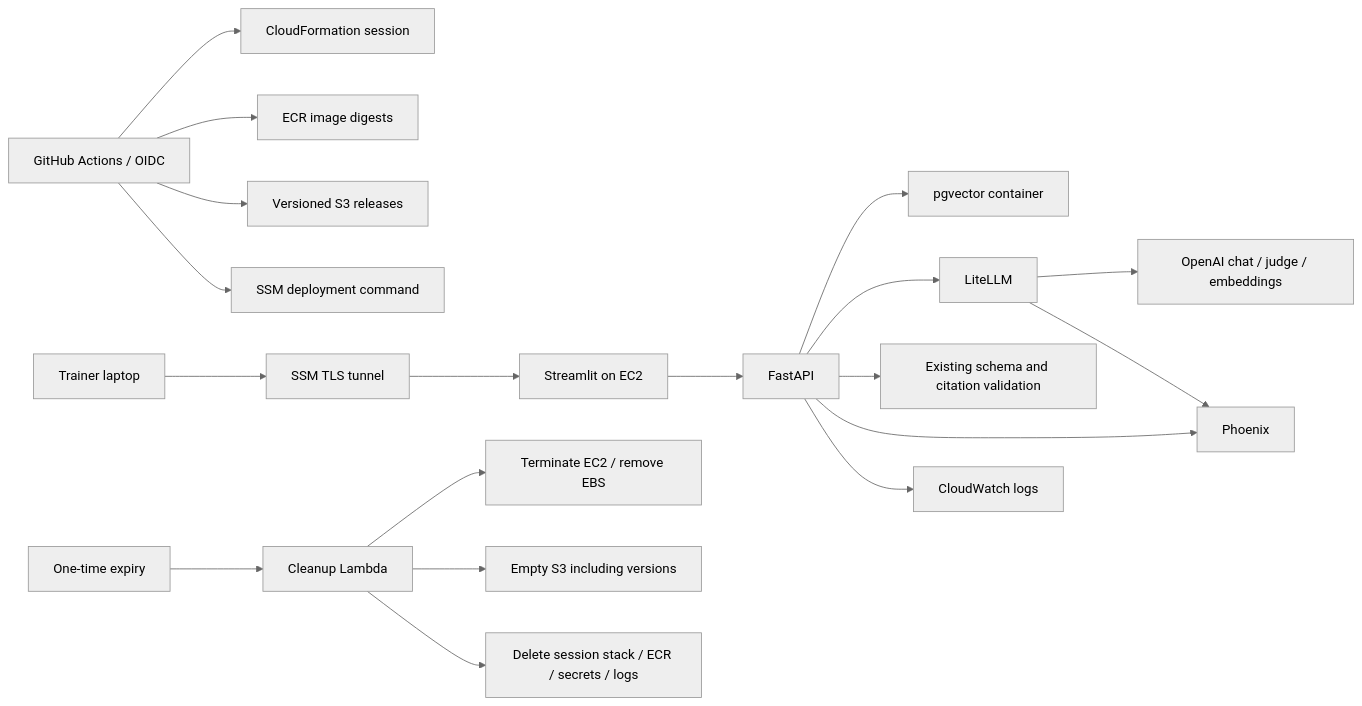
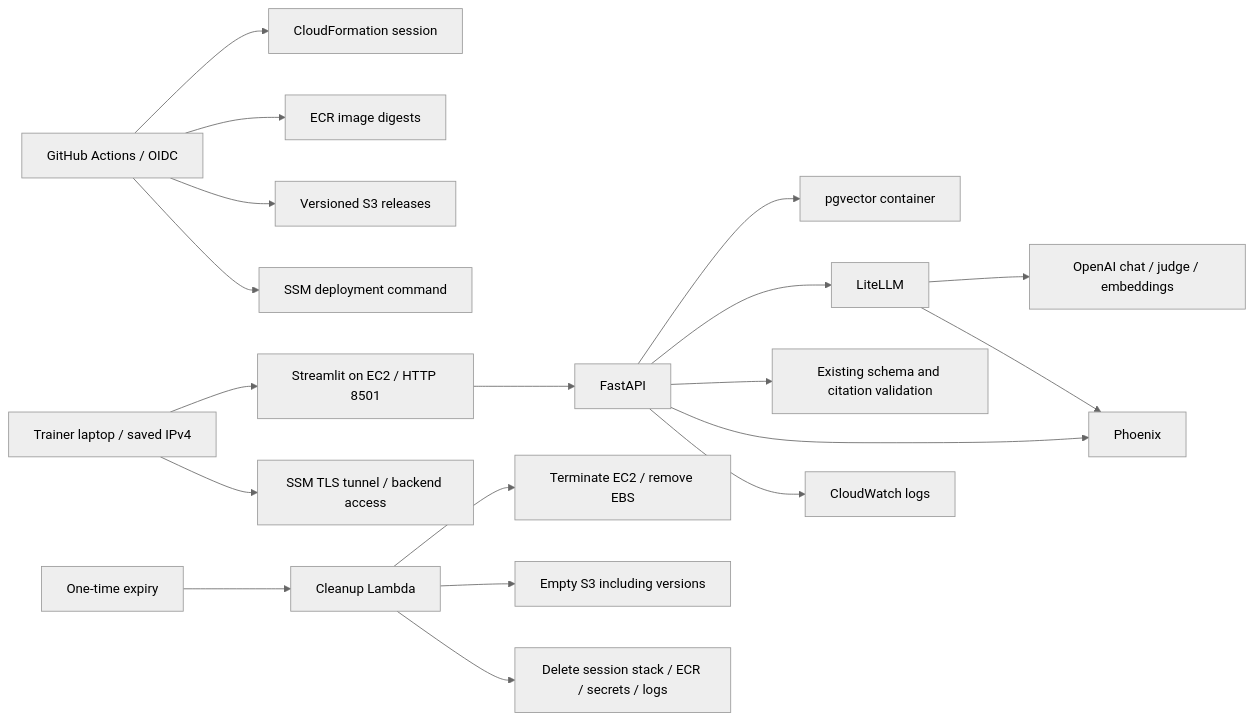
Before and after one commit to pankajshakya627/LLMOps: the diagram in infra/aws/README.md, drawn with Mermaid (neutral theme). The commit also changed other lines of this file and 9 other files, not shown here.

````diff
--- a/infra/aws/README.md
+++ b/infra/aws/README.md
@@ -33,21 +34,21 @@
 ```mermaid
 flowchart LR
     G[GitHub Actions / OIDC] --> C[CloudFormation session]
     G --> E[ECR image digests]
     G --> S[Versioned S3 releases]
     G --> M[SSM deployment command]
-    U[Trainer laptop] --> T[SSM TLS tunnel]
-    T --> UI[Streamlit on EC2]
+    U[Trainer laptop / saved IPv4] --> UI[Streamlit on EC2 / HTTP 8501]
+    U --> T[SSM TLS tunnel / backend access]
     UI --> API[FastAPI]
     API --> PG[pgvector container]
     API --> L[LiteLLM]
     L --> B[OpenAI chat / judge / embeddings]
     API --> V[Existing schema and citation validation]
     API --> P[Phoenix]
     L --> P
     API --> CW[CloudWatch logs]
     X[One-time expiry] --> CL[Cleanup Lambda]
     CL --> Stop[Terminate EC2 / remove EBS]
     CL --> Empty[Empty S3 including versions]
     CL --> Delete[Delete session stack / ECR / secrets / logs]
 ```
````
